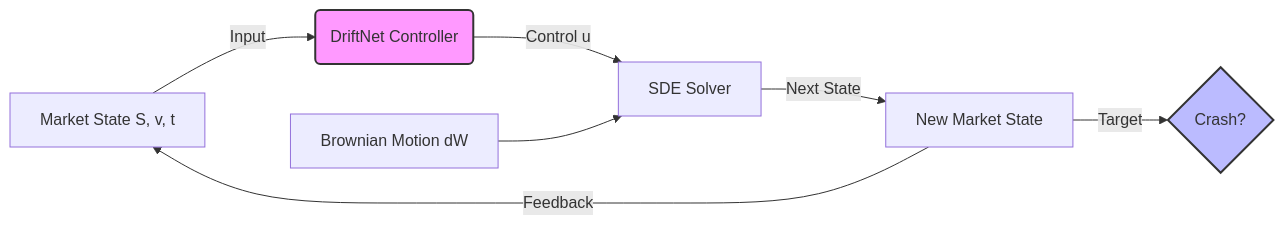
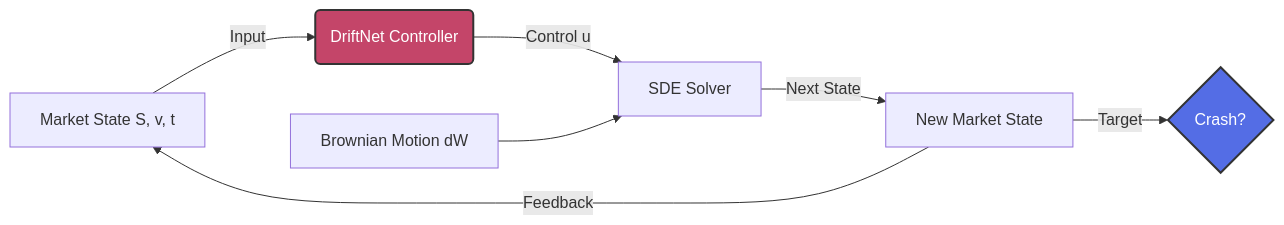
Before and after one commit to YoungJun0814/Neural_Path_Intergral: the diagram in README.md, drawn with Mermaid. The commit also changed 3 other files, not shown here.

Commit message:
fix: Add renamed image files and fix Mermaid diagram colors

````diff
--- a/README.md
+++ b/README.md
@@ -26,11 +26,11 @@
 ```mermaid
 graph LR
     A[Market State S, v, t] -->|Input| B(DriftNet Controller)
     B -->|Control u| C[SDE Solver]
     D[Brownian Motion dW] --> C
     C -->|Next State| E[New Market State]
     E -->|Feedback| A
     E -->|Target| F{Crash?}
-    style B fill:#f9f,stroke:#333,stroke-width:2px
-    style F fill:#bbf,stroke:#333,stroke-width:2px
+    style B fill:#c44569,stroke:#333,stroke-width:2px,color:#fff
+    style F fill:#546de5,stroke:#333,stroke-width:2px,color:#fff
 ```
````
